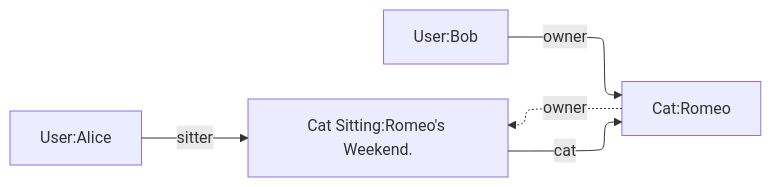
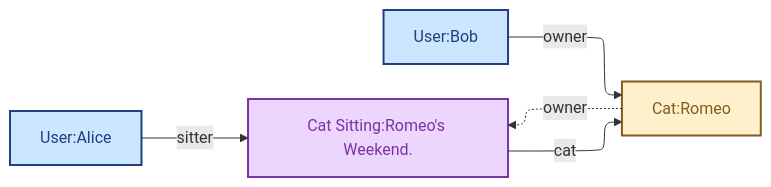
One commit to getlarge/purrfect-sitter changed the sixth of 7 diagrams in docs/articles/how-to-protect-your-api-with-openfga/openfga-authorization-diagram.md. Above: the diagram before and after it, drawn with Mermaid. The commit also changed other lines of this file and 1 other file, not shown here.

Commit message:
docs: enhance OpenFGA authorization diagrams with improved clarity and class definitions

````diff
--- a/docs/articles/how-to-protect-your-api-with-openfga/openfga-authorization-diagram.md
+++ b/docs/articles/how-to-protect-your-api-with-openfga/openfga-authorization-diagram.md
@@ -183,14 +214,18 @@
 ```mermaid
 ---
 config:
   theme: mc
   layout: elk
 ---
 graph LR
-    Bob[User:Bob] -->|owner| Romeo[Cat:Romeo]
-    Alice[User:Alice] -->|sitter| Sitting1@{ label: Cat Sitting:Romeo's Weekend. }
+    Bob[User:Bob]:::user -->|owner| Romeo[Cat:Romeo]:::cat
+    Alice[User:Alice]:::user -->|sitter| Sitting1["Cat Sitting:Romeo's Weekend."]:::cat_sitting
     Sitting1 -->|cat| Romeo
-
     %% Derived relationships
     Romeo -.->|owner| Sitting1
+
+    %% Category classes
+    classDef user fill:#cce6ff,stroke:#204080,stroke-width:2px,color:#204080;
+    classDef cat fill:#fff0cc,stroke:#805d20,stroke-width:2px,color:#805d20;
+    classDef cat_sitting fill:#ecd6fd,stroke:#7934a3,stroke-width:2px,color:#7934a3;
 ```
````
